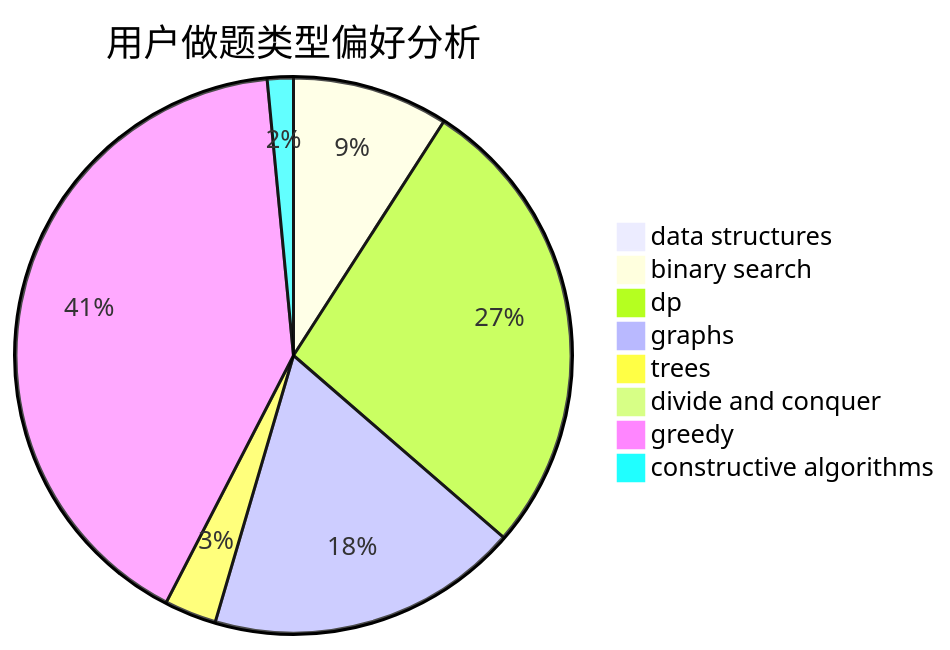
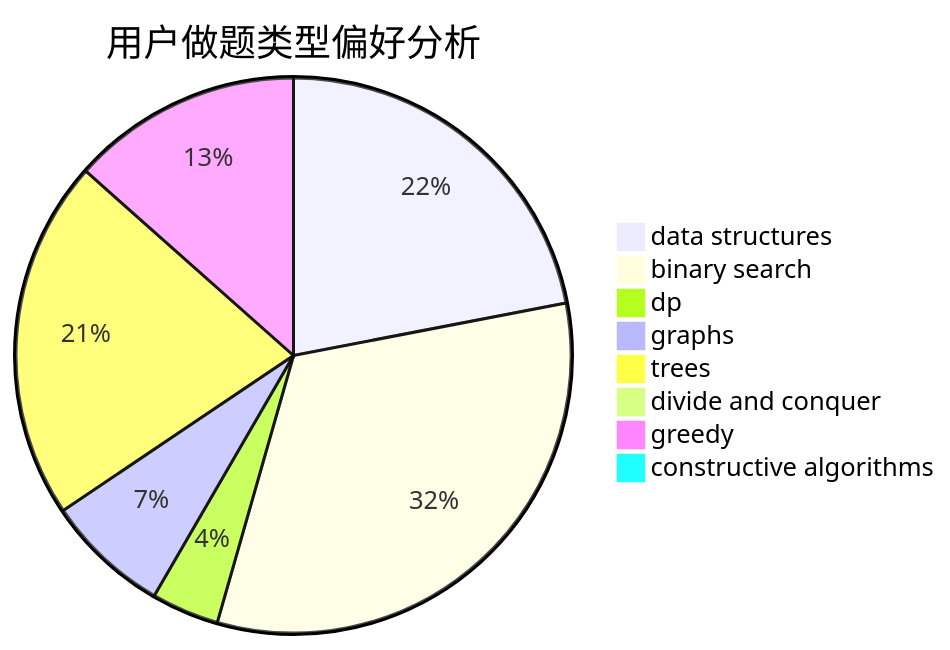
Before and after one commit to sherpahu/cfrs.github.io: the second of 3 diagrams in docs/user/u2649.md, drawn with Mermaid. The commit also changed other lines of this file and 2770 other files, not shown here.

````diff
--- a/docs/user/u2649.md
+++ b/docs/user/u2649.md
@@ -23,11 +23,11 @@
 ```mermaid
 pie title 用户做题类型偏好分析
-    "data structures" :  0
-    "binary search" :  6
-    "dp" :  18
-    "graphs" :  12
-    "trees" :  2
+    "data structures" :  67
+    "binary search" :  99
+    "dp" :  12
+    "graphs" :  22
+    "trees" :  64
     "divide and conquer" :  0
-    "greedy" :  27
+    "greedy" :  41
     "constructive algorithms" :  1
 ```
````
